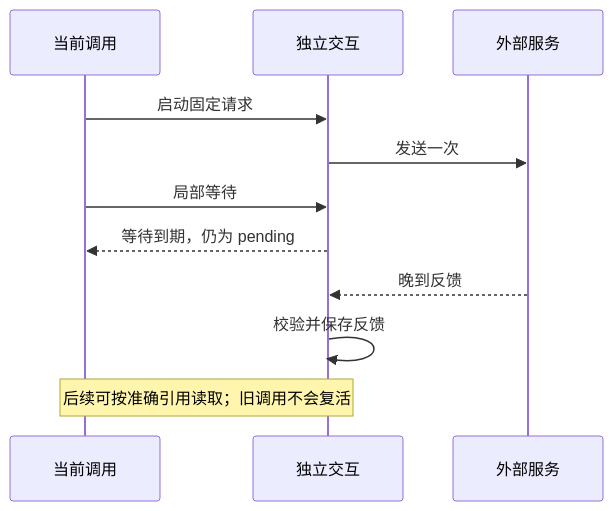
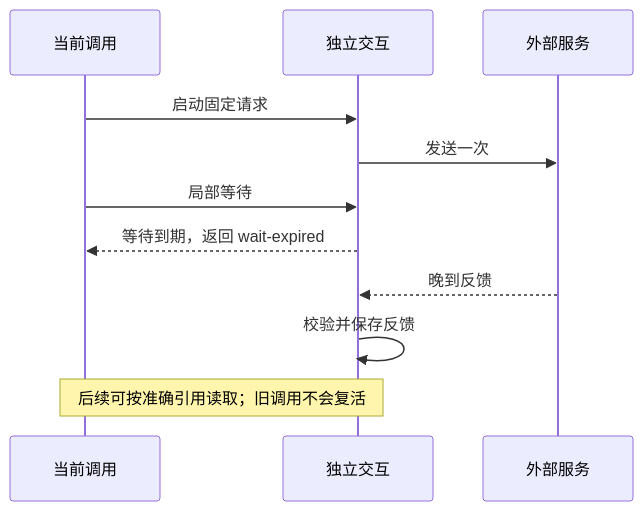
One commit to weiliang0121/capix changed the diagram in docs/concepts/interactions.md. Above: the diagram before and after it, drawn with Mermaid. The commit also changed 58 other files, not shown here.

````diff
--- a/docs/concepts/interactions.md
+++ b/docs/concepts/interactions.md
@@ -15,13 +15,13 @@
 ```mermaid
 sequenceDiagram
   participant C as 当前调用
   participant I as 独立交互
   participant P as 外部服务
   C->>I: 启动固定请求
   I->>P: 发送一次
   C->>I: 局部等待
-  I-->>C: 等待到期，仍为 pending
+  I-->>C: 等待到期，返回 wait-expired
   P-->>I: 晚到反馈
   I->>I: 校验并保存反馈
   Note over C,I: 后续可按准确引用读取；旧调用不会复活
 ```
````
